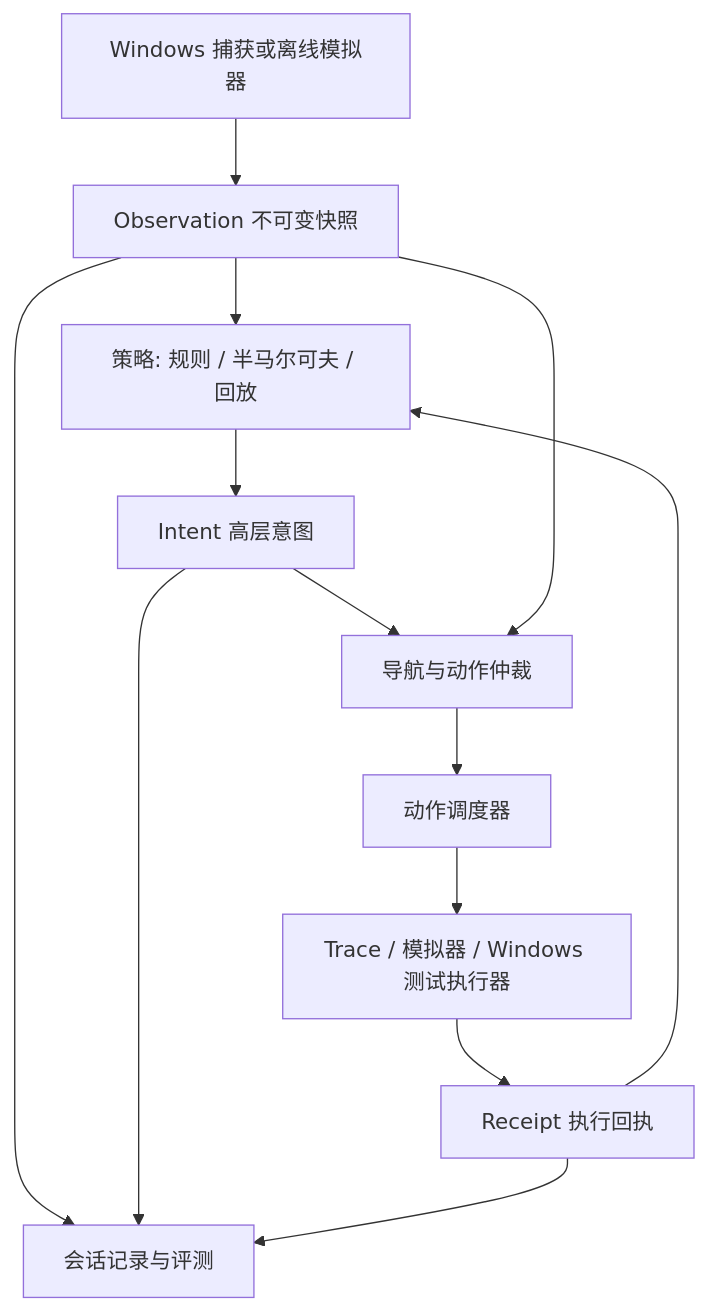
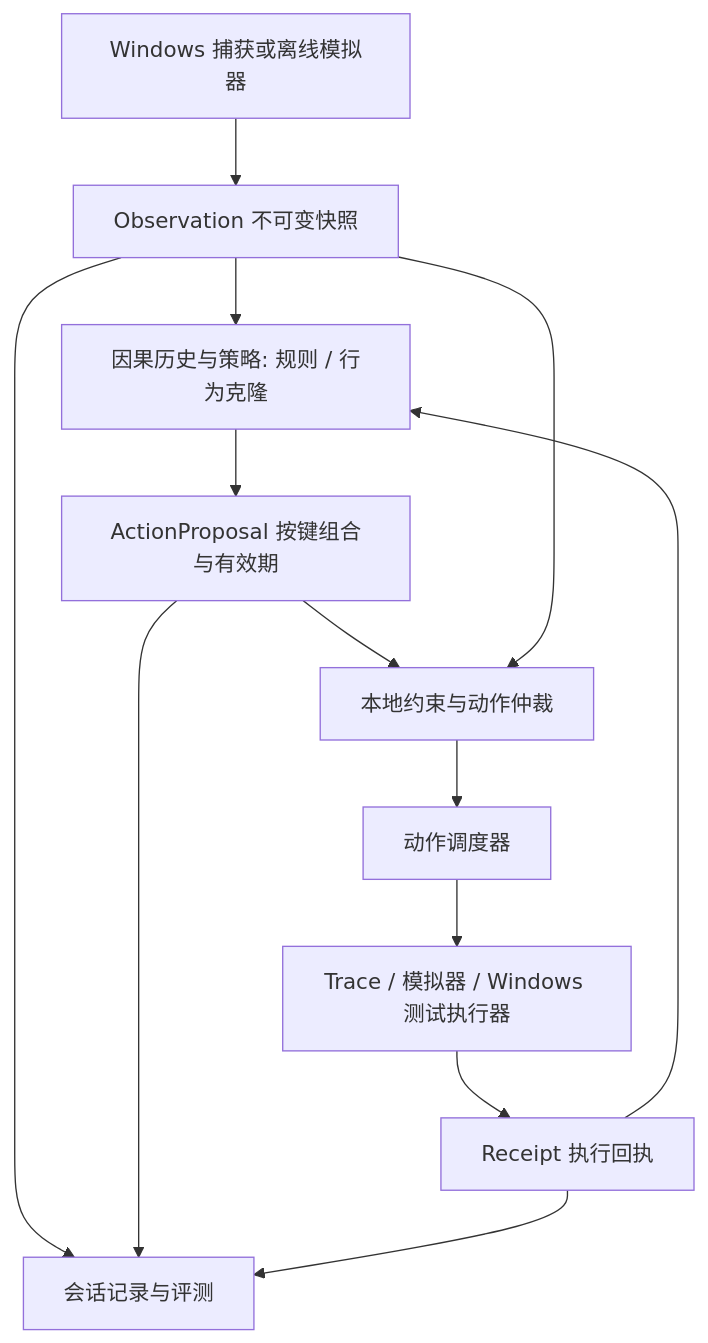
One commit to AeolusZane/maplebot changed the diagram in spec/architecture.md. Above: the diagram before and after it, drawn with Mermaid. The commit also changed other lines of this file and 13 other files, not shown here.

````diff
--- a/spec/architecture.md
+++ b/spec/architecture.md
@@ -11,15 +11,15 @@
 ```mermaid
 flowchart TD
     A[Windows 捕获或离线模拟器] --> B[Observation 不可变快照]
-    B --> C[策略: 规则 / 半马尔可夫 / 回放]
-    C --> D[Intent 高层意图]
-    D --> E[导航与动作仲裁]
+    B --> C[因果历史与策略: 规则 / 行为克隆]
+    C --> D[ActionProposal 按键组合与有效期]
+    D --> E[本地约束与动作仲裁]
     B --> E
     E --> F[动作调度器]
     F --> G[Trace / 模拟器 / Windows 测试执行器]
     G --> H[Receipt 执行回执]
     H --> C
     B --> I[会话记录与评测]
     D --> I
     H --> I
 ```
````
